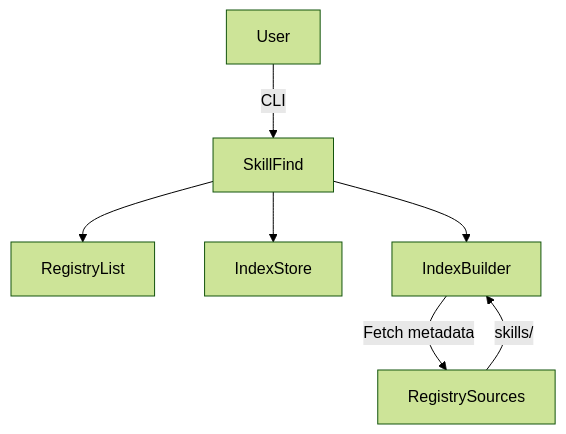
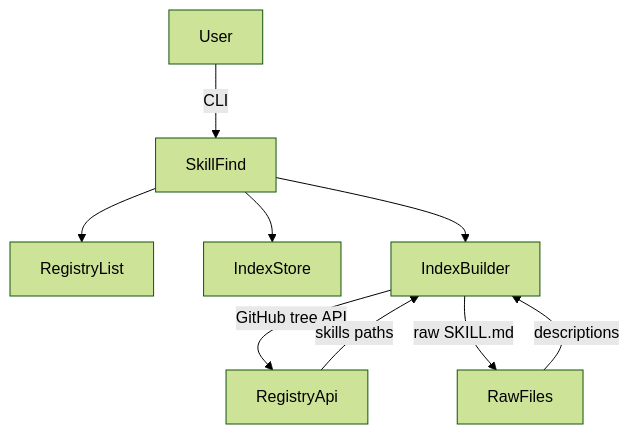
Before and after one commit to codeaholicguy/ai-devkit: the diagram in docs/ai/design/feature-skill-find.md, drawn with Mermaid (forest theme). The commit also changed other lines of this file and 3 other files, not shown here.

````diff
--- a/docs/ai/design/feature-skill-find.md
+++ b/docs/ai/design/feature-skill-find.md
@@ -13,9 +13,11 @@
   ```mermaid
   graph TD
     User -->|CLI| SkillFind
     SkillFind --> RegistryList
     SkillFind --> IndexStore
     SkillFind --> IndexBuilder
-    IndexBuilder -->|Fetch metadata| RegistrySources
-    RegistrySources -->|skills/| IndexBuilder
+    IndexBuilder -->|GitHub tree API| RegistryApi
+    IndexBuilder -->|raw SKILL.md| RawFiles
+    RegistryApi -->|skills paths| IndexBuilder
+    RawFiles -->|descriptions| IndexBuilder
   ```
````
